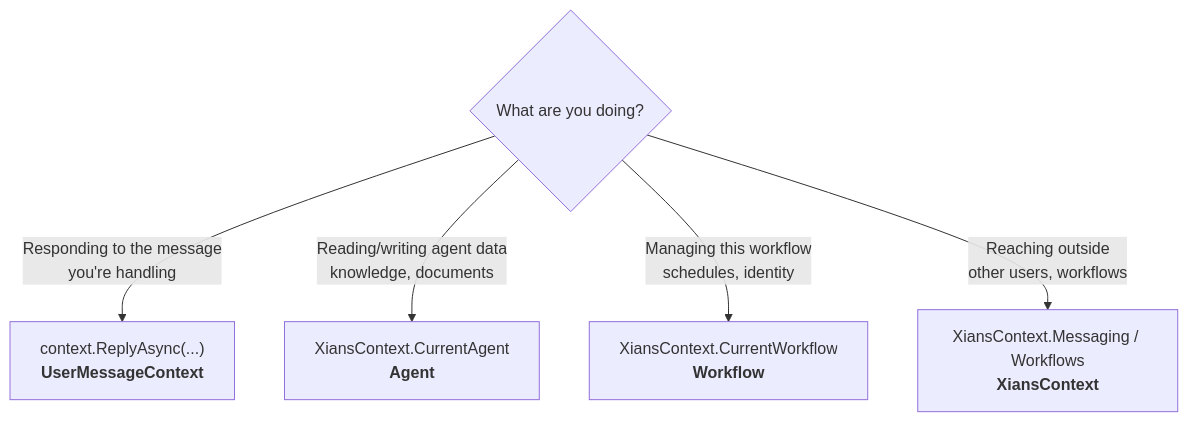
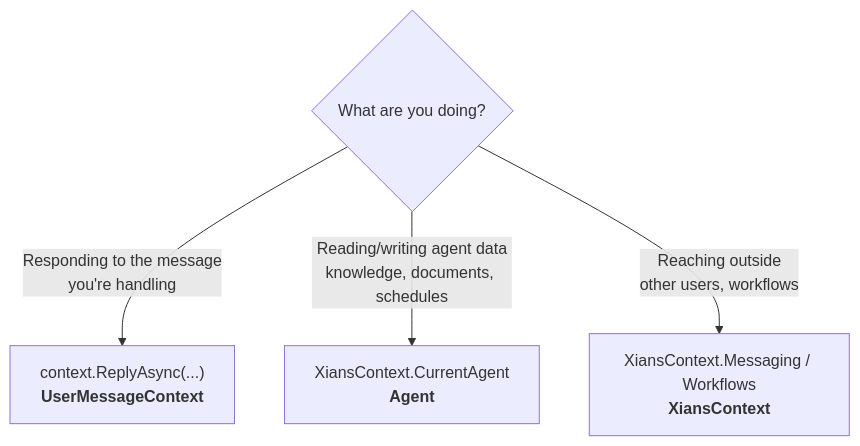
The diagram in docs/concepts/sdk-patterns.md (XiansAiPlatform/XiansAi.Docs), drawn with Mermaid before and after one commit. The commit also changed other lines of this file and 10 other files, not shown here.

````diff
--- a/docs/concepts/sdk-patterns.md
+++ b/docs/concepts/sdk-patterns.md
@@ -16,8 +15,7 @@
 ```mermaid
 graph TD
     Q{What are you doing?}
     Q -->|Responding to the message<br/>you're handling| M["context.ReplyAsync(...)<br/><b>UserMessageContext</b>"]
-    Q -->|Reading/writing agent data<br/>knowledge, documents| A["XiansContext.CurrentAgent<br/><b>Agent</b>"]
-    Q -->|Managing this workflow<br/>schedules, identity| W["XiansContext.CurrentWorkflow<br/><b>Workflow</b>"]
+    Q -->|Reading/writing agent data<br/>knowledge, documents, schedules| A["XiansContext.CurrentAgent<br/><b>Agent</b>"]
     Q -->|Reaching outside<br/>other users, workflows| X["XiansContext.Messaging / Workflows<br/><b>XiansContext</b>"]
 ```
````
